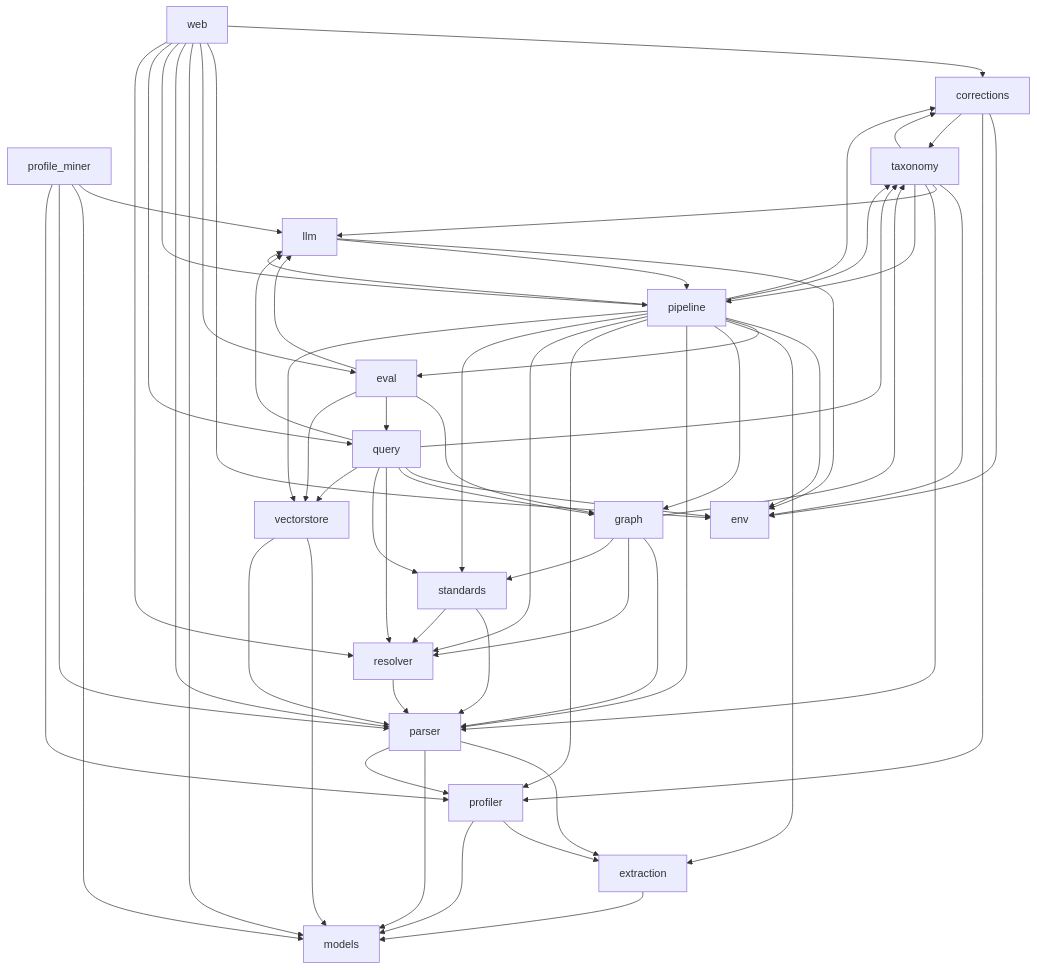
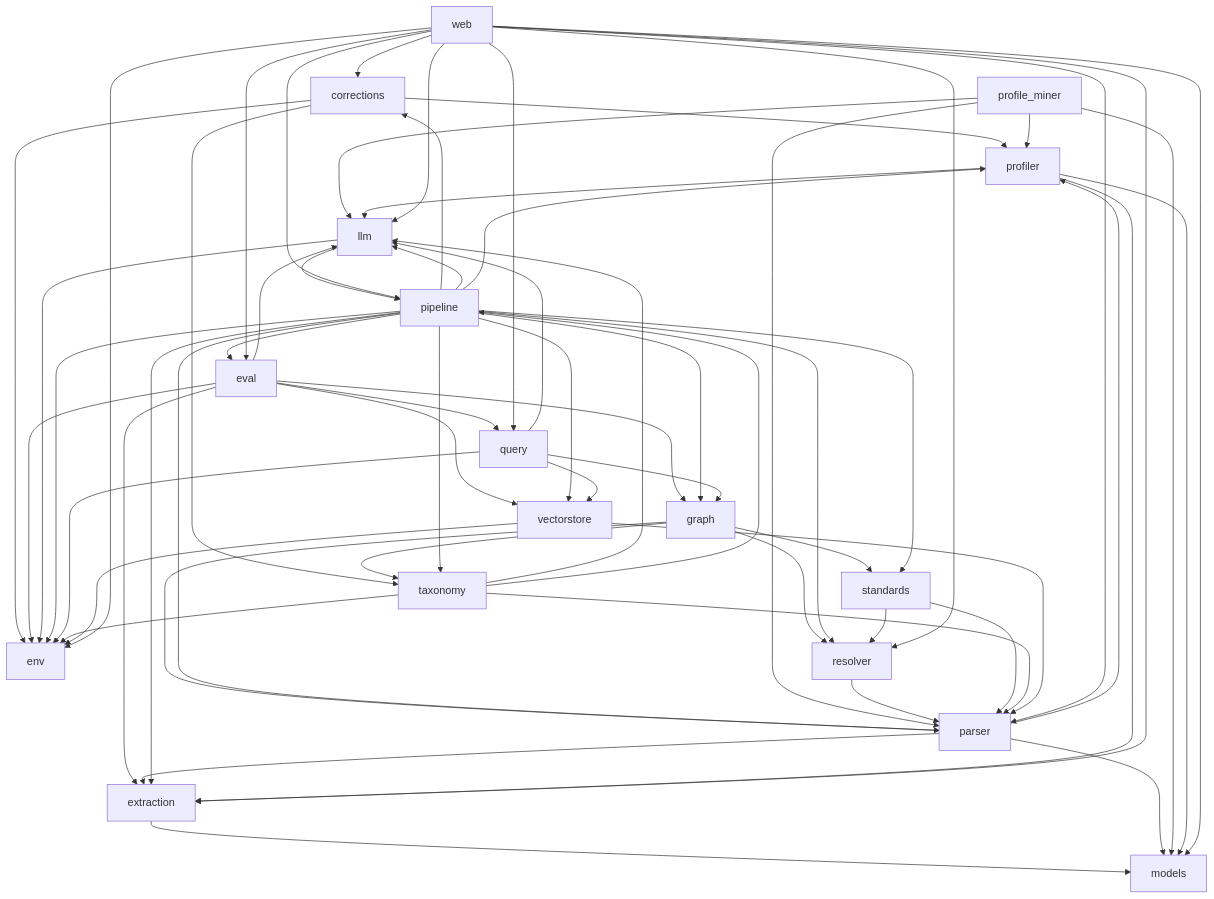
One commit to kurnoolion/nora changed the diagram in docs/compact/MAP.md. Above: the diagram before and after it, drawn with Mermaid. The commit also changed other lines of this file and 29 other files, not shown here.

````diff
--- a/docs/compact/MAP.md
+++ b/docs/compact/MAP.md
@@ -29,80 +29,81 @@
 ```mermaid
 flowchart TD
     m_corrections[corrections]
     m_env[env]
     m_eval[eval]
     m_extraction[extraction]
     m_graph[graph]
     m_llm[llm]
     m_models[models]
     m_parser[parser]
     m_pipeline[pipeline]
     m_profile_miner[profile_miner]
     m_profiler[profiler]
     m_query[query]
     m_resolver[resolver]
     m_standards[standards]
     m_taxonomy[taxonomy]
     m_vectorstore[vectorstore]
     m_web[web]
     m_corrections --> m_env
     m_corrections --> m_profiler
     m_corrections --> m_taxonomy
+    m_eval --> m_env
+    m_eval --> m_extraction
     m_eval --> m_graph
     m_eval --> m_llm
     m_eval --> m_query
     m_eval --> m_vectorstore
     m_extraction --> m_models
     m_graph --> m_parser
     m_graph --> m_resolver
     m_graph --> m_standards
     m_graph --> m_taxonomy
     m_llm --> m_env
     m_llm --> m_pipeline
     m_parser --> m_extraction
     m_parser --> m_models
     m_parser --> m_profiler
     m_pipeline --> m_corrections
     m_pipeline --> m_env
     m_pipeline --> m_eval
     m_pipeline --> m_extraction
     m_pipeline --> m_graph
     m_pipeline --> m_llm
     m_pipeline --> m_parser
     m_pipeline --> m_profiler
     m_pipeline --> m_resolver
     m_pipeline --> m_standards
     m_pipeline --> m_taxonomy
     m_pipeline --> m_vectorstore
     m_profile_miner --> m_llm
     m_profile_miner --> m_models
     m_profile_miner --> m_parser
     m_profile_miner --> m_profiler
     m_profiler --> m_extraction
+    m_profiler --> m_llm
     m_profiler --> m_models
     m_query --> m_env
     m_query --> m_graph
     m_query --> m_llm
-    m_query --> m_resolver
-    m_query --> m_standards
-    m_query --> m_taxonomy
     m_query --> m_vectorstore
     m_resolver --> m_parser
     m_standards --> m_parser
     m_standards --> m_resolver
-    m_taxonomy --> m_corrections
     m_taxonomy --> m_env
     m_taxonomy --> m_llm
     m_taxonomy --> m_parser
     m_taxonomy --> m_pipeline
-    m_vectorstore --> m_models
+    m_vectorstore --> m_env
     m_vectorstore --> m_parser
     m_web --> m_corrections
     m_web --> m_env
     m_web --> m_eval
+    m_web --> m_extraction
+    m_web --> m_llm
     m_web --> m_models
     m_web --> m_parser
     m_web --> m_pipeline
     m_web --> m_query
     m_web --> m_resolver
 ```
````
